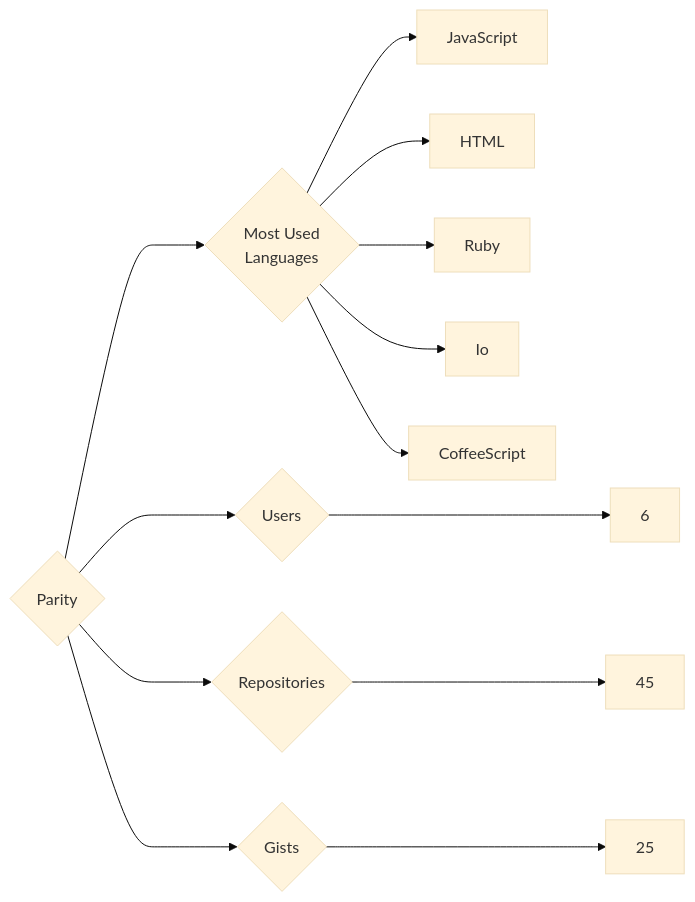
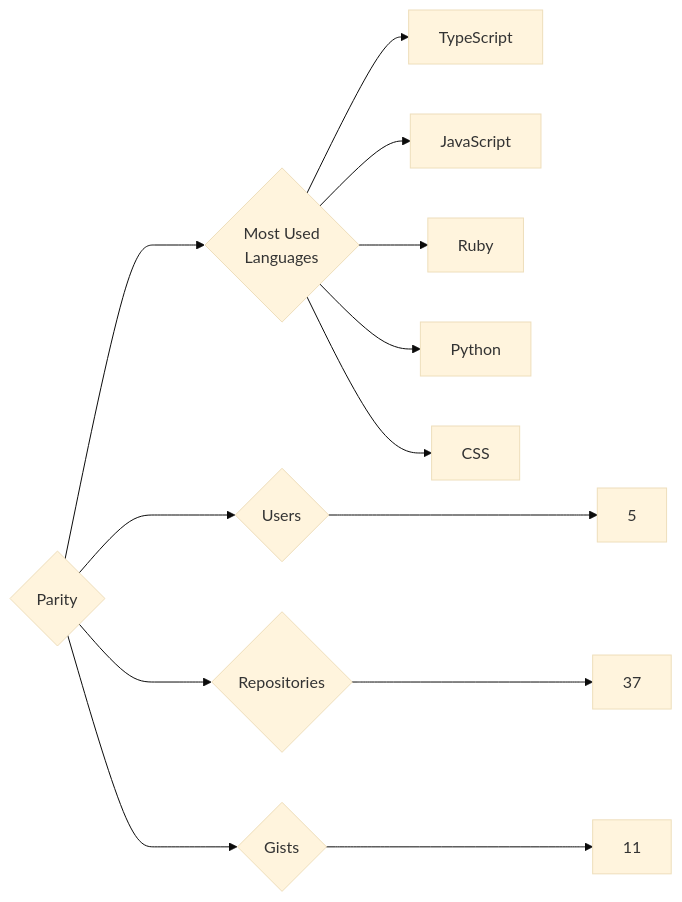
One commit to trickest/insiders changed the diagram in targets/Parity/README.md. Above: the diagram before and after it, drawn with Mermaid (base theme). The commit also changed 1389 other files, not shown here.

````diff
--- a/targets/Parity/README.md
+++ b/targets/Parity/README.md
@@ -3,13 +3,13 @@
 ```mermaid
 graph LR
 COMPANY_NAME{Parity}
-COMPANY_NAME ---> U{Users} ---> UN[6]
-COMPANY_NAME ---> R{Repositories} ---> RN[45]
-COMPANY_NAME ---> G{Gists} ---> GN[25]
+COMPANY_NAME ---> U{Users} ---> UN[5]
+COMPANY_NAME ---> R{Repositories} ---> RN[37]
+COMPANY_NAME ---> G{Gists} ---> GN[11]
 COMPANY_NAME ---> ML{Most Used<br>Languages}
+ML --> TypeScript[TypeScript]
 ML --> JavaScript[JavaScript]
-ML --> HTML[HTML]
 ML --> Ruby[Ruby]
-ML --> Io[Io]
-ML --> CoffeeScript[CoffeeScript]
+ML --> Python[Python]
+ML --> CSS[CSS]
 ```
````
